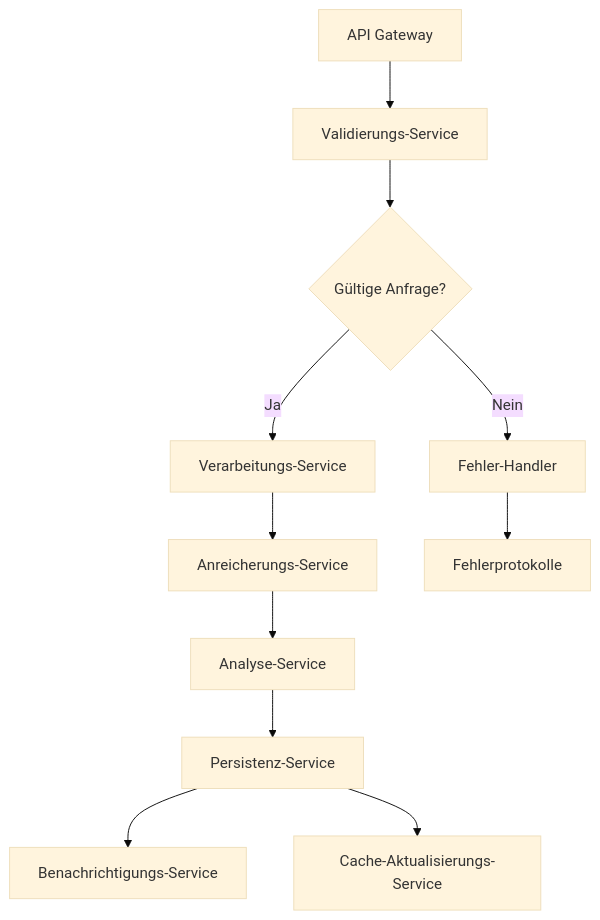
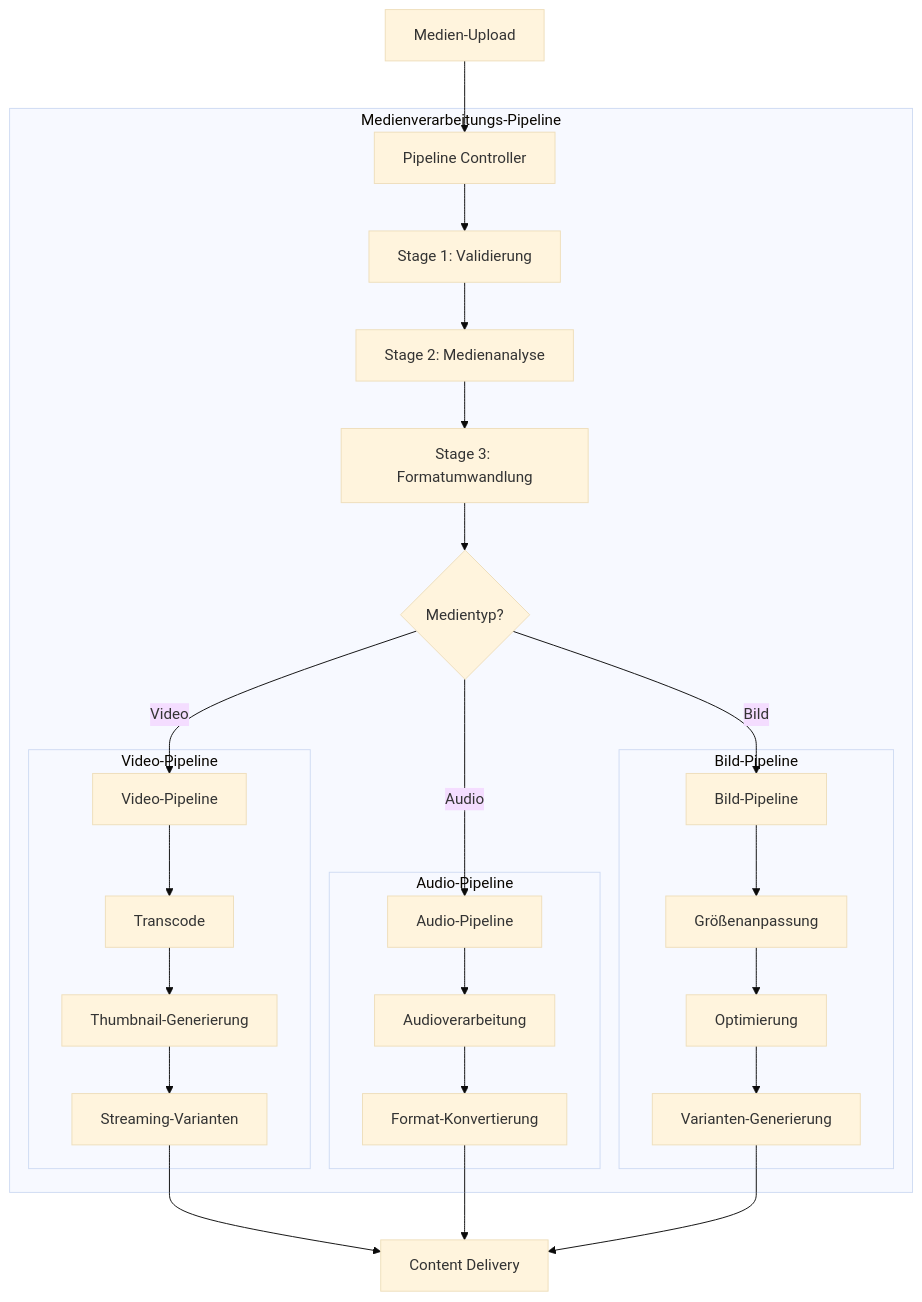
Before and after one commit to scimbe/VS_Pattern_By_KI: the sixth of 8 diagrams in Pipeline/docs/USE_CASES.md, drawn with Mermaid (base theme). The commit also changed other lines of this file and 19 other files, not shown here.

````diff
--- a/Pipeline/docs/USE_CASES.md
+++ b/Pipeline/docs/USE_CASES.md
@@ -184,17 +288,36 @@
 ```mermaid
 flowchart TD
-    A[API Gateway] --> B[Validierungs-Service]
-    B --> C{Gültige Anfrage?}
+    A[Medien-Upload] --> B[Pipeline Controller]
     
-    C -->|"Ja"| D[Verarbeitungs-Service]
-    C -->|"Nein"| J[Fehler-Handler]
+    subgraph "Medienverarbeitungs-Pipeline"
+        B --> C[Stage 1: Validierung]
+        C --> D[Stage 2: Medienanalyse]
+        D --> E[Stage 3: Formatumwandlung]
+        
+        E --> F{Medientyp?}
+        F -->|Video| G[Video-Pipeline]
+        F -->|Audio| H[Audio-Pipeline]
+        F -->|Bild| I[Bild-Pipeline]
+        
+        subgraph "Video-Pipeline"
+            G --> G1[Transcode]
+            G1 --> G2[Thumbnail-Generierung]
+            G2 --> G3[Streaming-Varianten]
+        end
+        
+        subgraph "Audio-Pipeline"
+            H --> H1[Audioverarbeitung]
+            H1 --> H2[Format-Konvertierung]
+        end
+        
+        subgraph "Bild-Pipeline"
+            I --> I1[Größenanpassung]
+            I1 --> I2[Optimierung]
+            I2 --> I3[Varianten-Generierung]
+        end
+    end
     
-    D --> E[Anreicherungs-Service]
-    E --> F[Analyse-Service]
-    F --> G[Persistenz-Service]
-    
-    G --> H[Benachrichtigungs-Service]
-    G --> I[Cache-Aktualisierungs-Service]
-    
-    J --> K[Fehlerprotokolle]
+    G3 --> J[Content Delivery]
+    H2 --> J
+    I3 --> J
 ```
````
